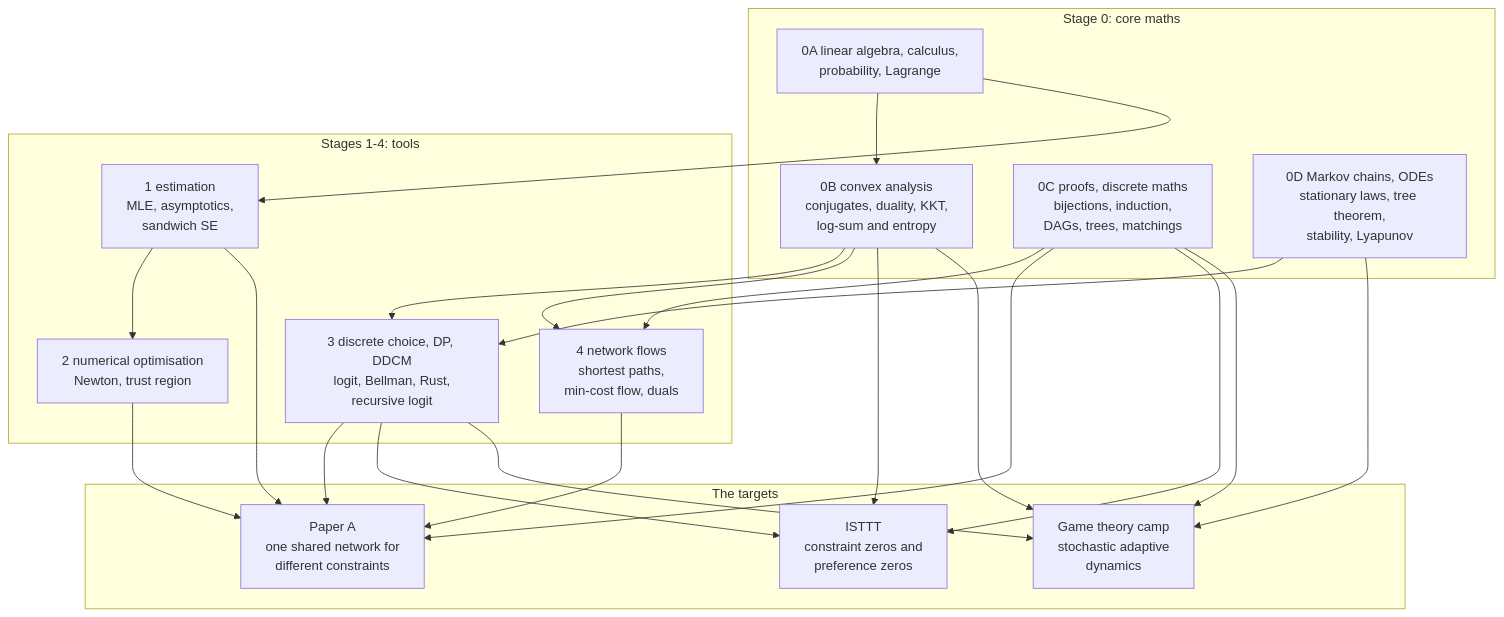
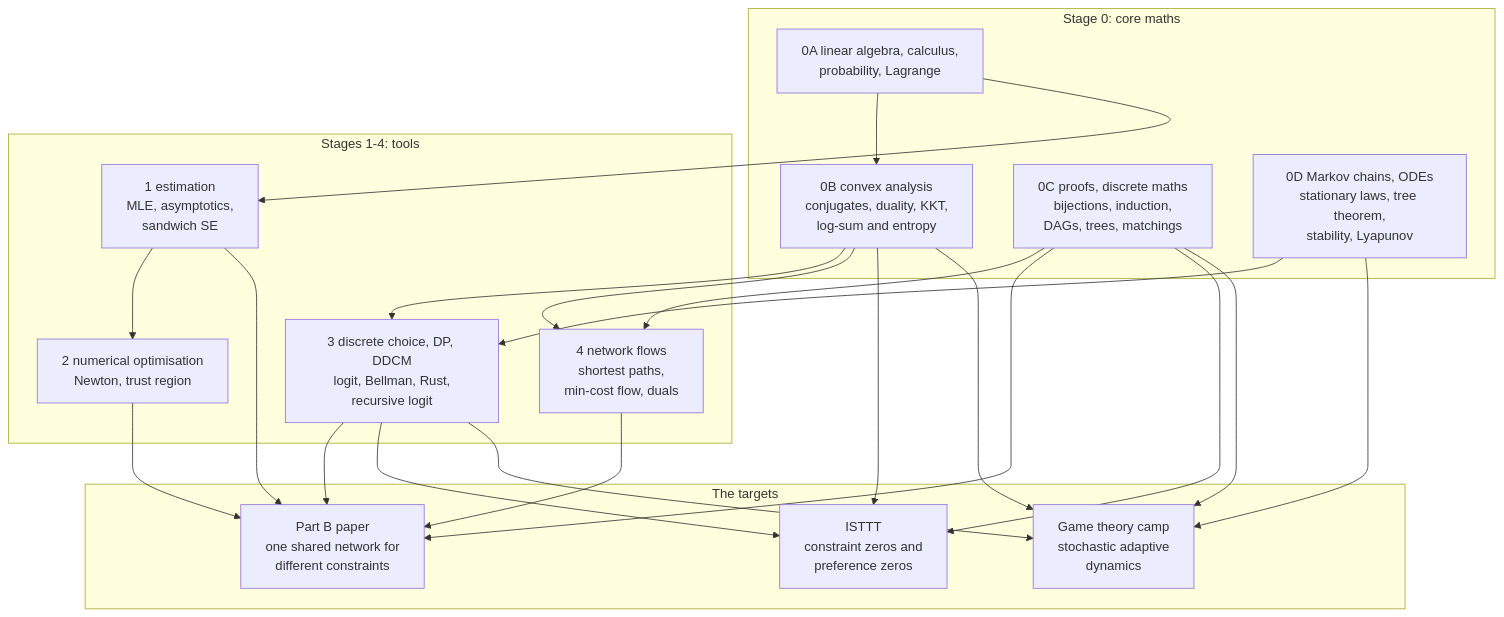
Before and after one commit to azwanazamuddin/reports: the second of 2 diagrams in content/phd/learning-plan.md, drawn with Mermaid. The commit also changed other lines of this file and 13 other files, not shown here.

First line of the commit message:
Public pages: Paper A is called the Part B paper (Transportation Research Part B)

````diff
--- a/content/phd/learning-plan.md
+++ b/content/phd/learning-plan.md
@@ -98,39 +98,39 @@
 ```mermaid
 flowchart TB
   subgraph BASICS["Stage 0: core maths"]
     A0["0A linear algebra, calculus,<br/>probability, Lagrange"]
     B0["0B convex analysis<br/>conjugates, duality, KKT,<br/>log-sum and entropy"]
     C0["0C proofs, discrete maths<br/>bijections, induction,<br/>DAGs, trees, matchings"]
     D0["0D Markov chains, ODEs<br/>stationary laws, tree theorem,<br/>stability, Lyapunov"]
   end
   subgraph TOOLS["Stages 1-4: tools"]
     S1["1 estimation<br/>MLE, asymptotics,<br/>sandwich SE"]
     S2["2 numerical optimisation<br/>Newton, trust region"]
     S3["3 discrete choice, DP, DDCM<br/>logit, Bellman, Rust,<br/>recursive logit"]
     S4["4 network flows<br/>shortest paths,<br/>min-cost flow, duals"]
   end
   subgraph TARGETS["The targets"]
-    PA["Paper A<br/>one shared network for<br/>different constraints"]
+    PA["Part B paper<br/>one shared network for<br/>different constraints"]
     IS["ISTTT<br/>constraint zeros and<br/>preference zeros"]
     GT["Game theory camp<br/>stochastic adaptive<br/>dynamics"]
   end
   A0 --> B0
   A0 --> S1
   B0 --> S3
   B0 --> S4
   C0 --> S4
   D0 --> S3
   S1 --> S2
   S2 --> PA
   S1 --> PA
   S3 --> PA
   C0 --> PA
   S4 --> PA
   B0 --> IS
   C0 --> IS
   S3 --> IS
   B0 --> GT
   D0 --> GT
   C0 --> GT
   S3 --> GT
 ```
````
